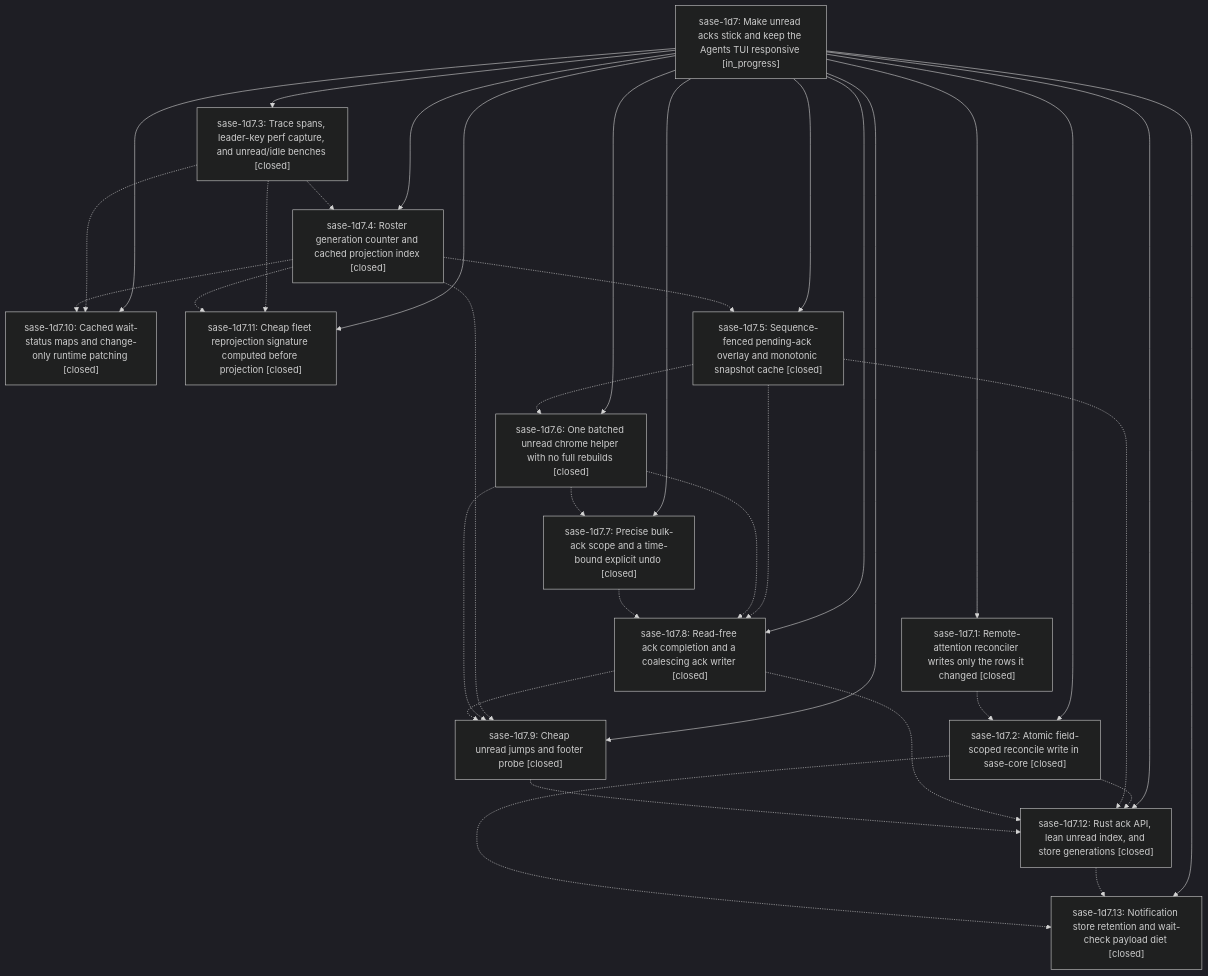
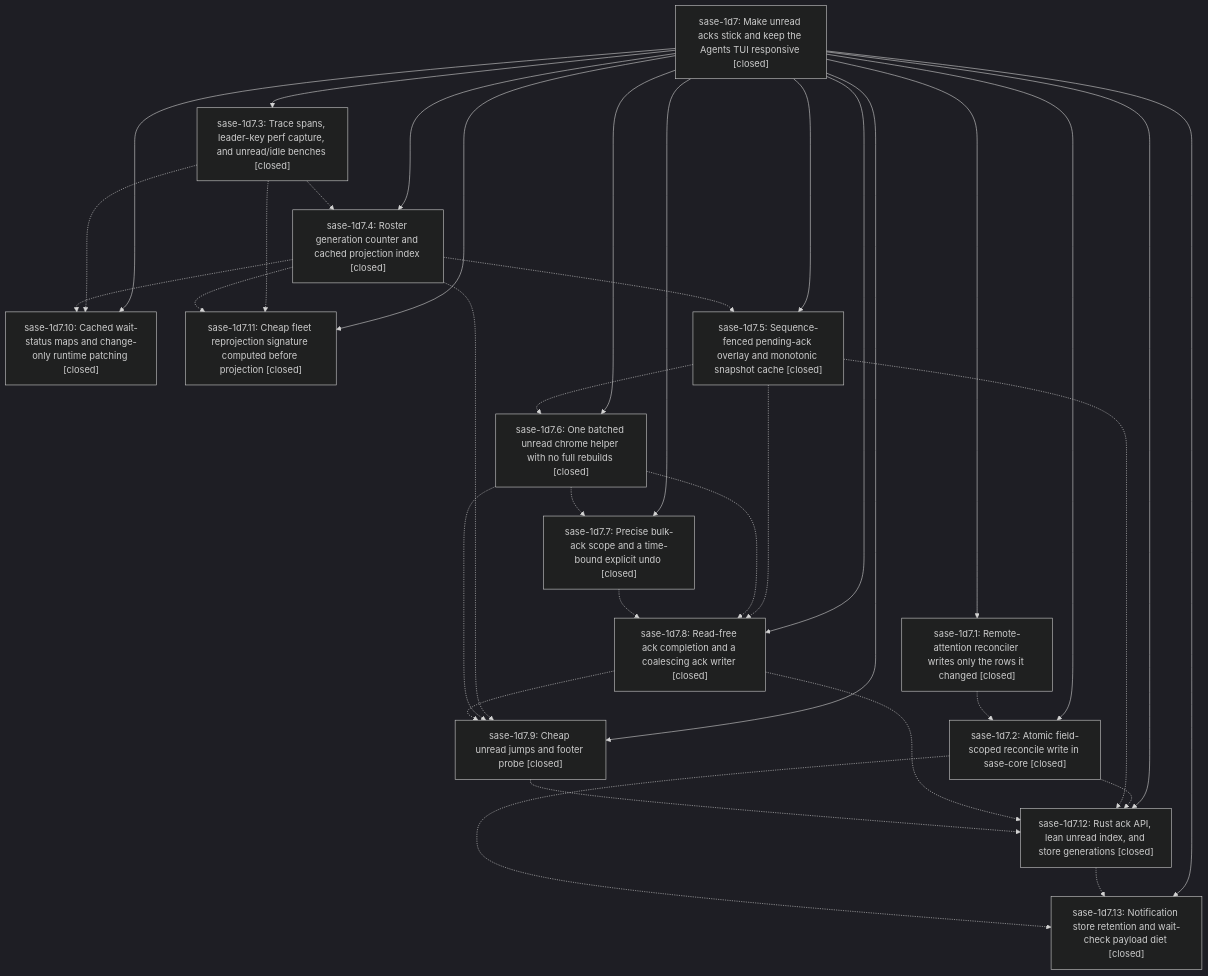
The diagram in pages/sase-1d7/README.md (sase-org/sase--beads), drawn with Mermaid (dark theme) before and after one commit. The commit also changed other lines of this file, not shown here.

First line of the commit message:
chore(beads): sync bead state and pages for sase-1d7

````diff
--- a/pages/sase-1d7/README.md
+++ b/pages/sase-1d7/README.md
@@ -38,51 +56,51 @@
 ```mermaid
 flowchart TD
-    n0["sase-1d7: Make unread acks stick and keep the Agents TUI responsive [in_progress]"]
+    n0["sase-1d7: Make unread acks stick and keep the Agents TUI responsive [closed]"]
     n1["sase-1d7.1: Remote-attention reconciler writes only the rows it changed [closed]"]
     n2["sase-1d7.10: Cached wait-status maps and change-only runtime patching [closed]"]
     n3["sase-1d7.11: Cheap fleet reprojection signature computed before projection [closed]"]
     n4["sase-1d7.12: Rust ack API, lean unread index, and store generations [closed]"]
     n5["sase-1d7.13: Notification store retention and wait-check payload diet [closed]"]
     n6["sase-1d7.2: Atomic field-scoped reconcile write in sase-core [closed]"]
     n7["sase-1d7.3: Trace spans, leader-key perf capture, and unread/idle benches [closed]"]
     n8["sase-1d7.4: Roster generation counter and cached projection index [closed]"]
     n9["sase-1d7.5: Sequence-fenced pending-ack overlay and monotonic snapshot cache [closed]"]
     n10["sase-1d7.6: One batched unread chrome helper with no full rebuilds [closed]"]
     n11["sase-1d7.7: Precise bulk-ack scope and a time-bound explicit undo [closed]"]
     n12["sase-1d7.8: Read-free ack completion and a coalescing ack writer [closed]"]
     n13["sase-1d7.9: Cheap unread jumps and footer probe [closed]"]
     n0 --> n1
     n0 --> n2
     n0 --> n3
     n0 --> n4
     n0 --> n5
     n0 --> n6
     n0 --> n7
     n0 --> n8
     n0 --> n9
     n0 --> n10
     n0 --> n11
     n0 --> n12
     n0 --> n13
     n1 -.-> n6
     n4 -.-> n5
     n6 -.-> n4
     n6 -.-> n5
     n7 -.-> n2
     n7 -.-> n3
     n7 -.-> n8
     n8 -.-> n2
     n8 -.-> n3
     n8 -.-> n9
     n8 -.-> n13
     n9 -.-> n4
     n9 -.-> n10
     n9 -.-> n12
     n10 -.-> n11
     n10 -.-> n12
     n10 -.-> n13
     n11 -.-> n12
     n12 -.-> n4
     n12 -.-> n13
     n13 -.-> n4
 ```
````
